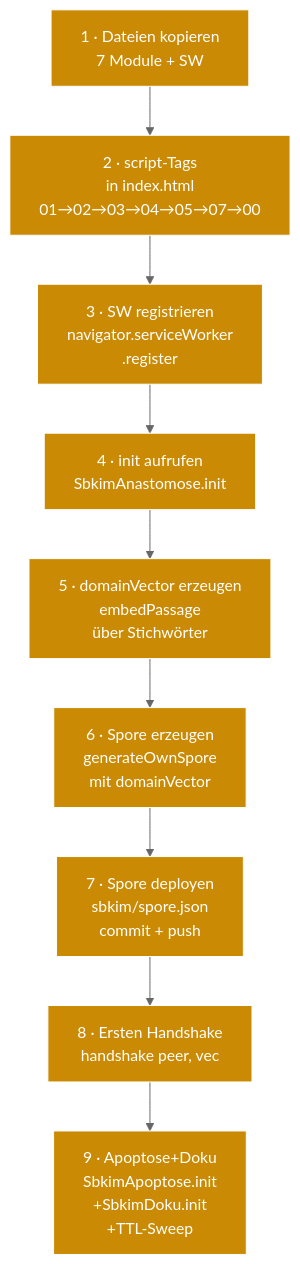
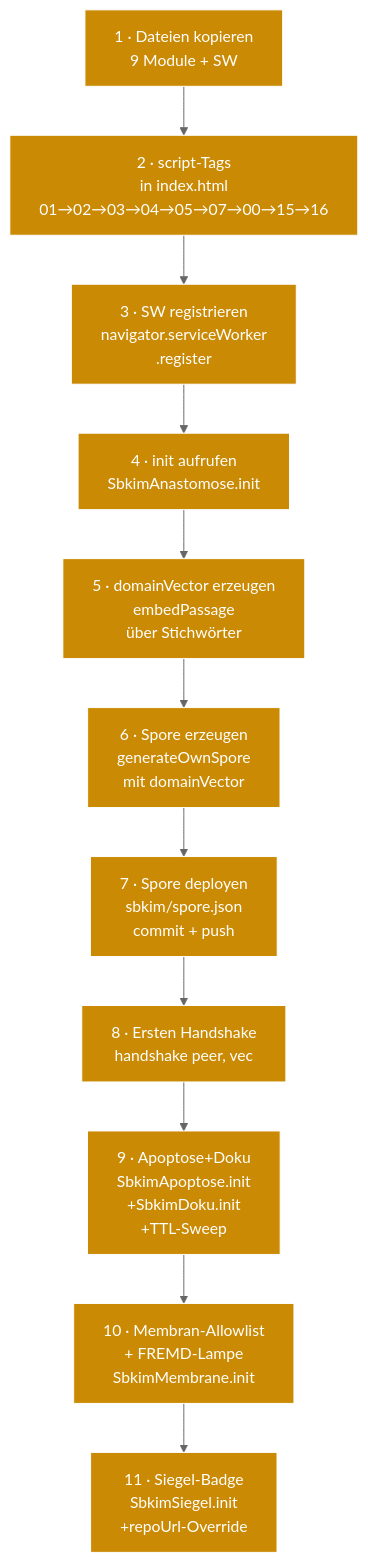
The diagram in docs/components/09_einbau_pwa.md (lausiklauskn-png/Sage-Protokol), drawn with Mermaid (neutral theme) before and after one commit. The commit also changed other lines of this file and 3 other files, not shown here.

````diff
--- a/docs/components/09_einbau_pwa.md
+++ b/docs/components/09_einbau_pwa.md
@@ -45,17 +45,19 @@
 ```mermaid
 flowchart TB
-  A1[1 · Dateien kopieren<br/>7 Module + SW]
-  A2[2 · script-Tags<br/>in index.html<br/>01→02→03→04→05→07→00]
+  A1[1 · Dateien kopieren<br/>9 Module + SW]
+  A2[2 · script-Tags<br/>in index.html<br/>01→02→03→04→05→07→00→15→16]
   A3[3 · SW registrieren<br/>navigator.serviceWorker<br/>.register]
   A4[4 · init aufrufen<br/>SbkimAnastomose.init]
   A5[5 · domainVector erzeugen<br/>embedPassage<br/>über Stichwörter]
   A6[6 · Spore erzeugen<br/>generateOwnSpore<br/>mit domainVector]
   A7[7 · Spore deployen<br/>sbkim/spore.json<br/>commit + push]
   A8[8 · Ersten Handshake<br/>handshake peer, vec]
   A9[9 · Apoptose+Doku<br/>SbkimApoptose.init<br/>+SbkimDoku.init<br/>+TTL-Sweep]
+  A10[10 · Membran-Allowlist<br/>+ FREMD-Lampe<br/>SbkimMembrane.init]
+  A11[11 · Siegel-Badge<br/>SbkimSiegel.init<br/>+repoUrl-Override]
 
-  A1 --> A2 --> A3 --> A4 --> A5 --> A6 --> A7 --> A8 --> A9
+  A1 --> A2 --> A3 --> A4 --> A5 --> A6 --> A7 --> A8 --> A9 --> A10 --> A11
 
   classDef step fill:#CA8A04,color:#fff,stroke:#fff,stroke-width:1px
-  class A1,A2,A3,A4,A5,A6,A7,A8,A9 step
+  class A1,A2,A3,A4,A5,A6,A7,A8,A9,A10,A11 step
 ```
````
